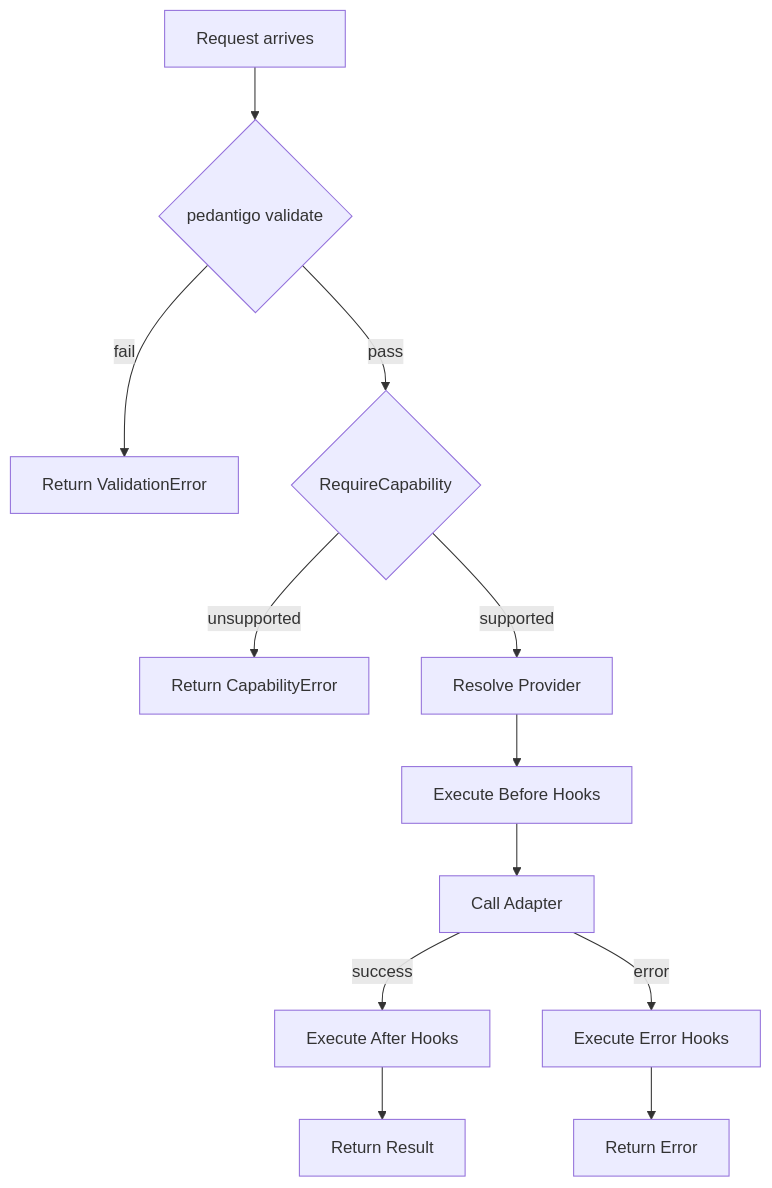
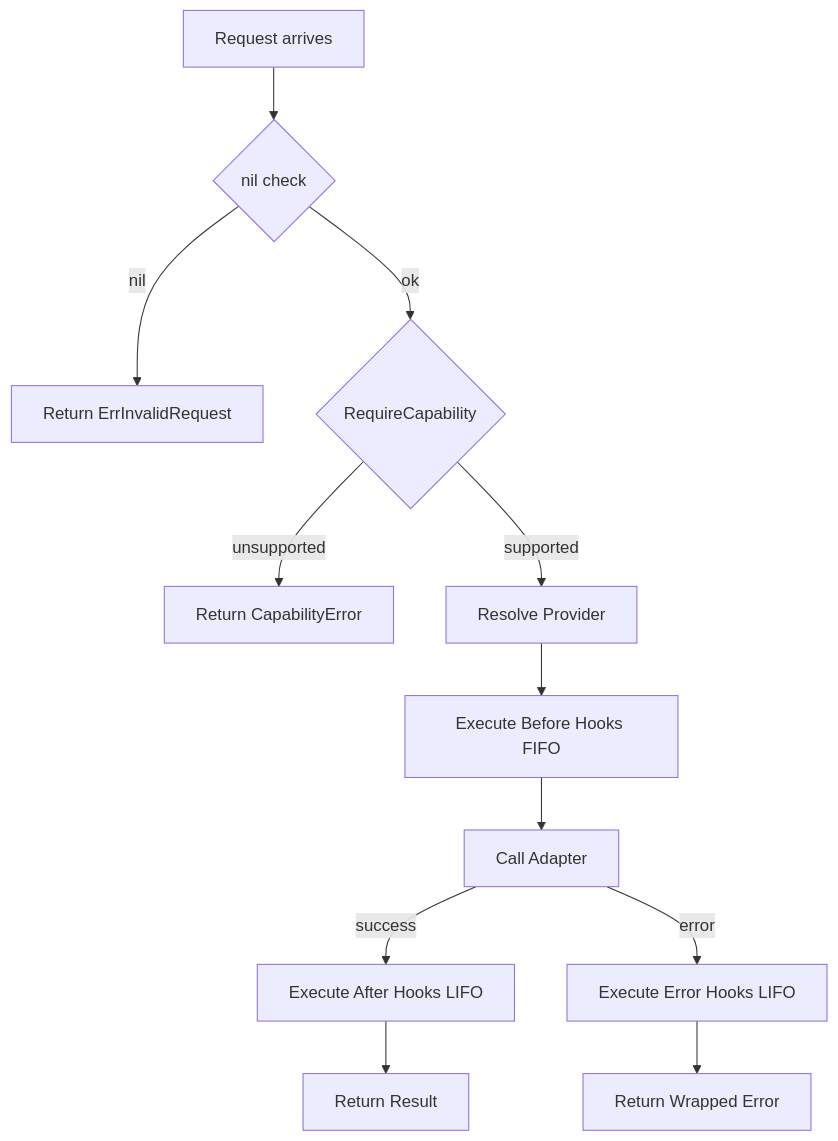
The fourth of 5 diagrams in DESIGN.md (Bytonomics/multipay-india), drawn with Mermaid before and after one commit. The commit also changed other lines of this file and 2 other files, not shown here.

First line of the commit message:
docs: sync DESIGN.md with current architecture and add AGENTS.md

````diff
--- a/DESIGN.md
+++ b/DESIGN.md
@@ -98,14 +99,14 @@
 ```mermaid
 flowchart TD
-    A[Request arrives] --> B{pedantigo validate}
-    B -->|fail| C[Return ValidationError]
-    B -->|pass| D{RequireCapability}
+    A[Request arrives] --> B{nil check}
+    B -->|nil| C[Return ErrInvalidRequest]
+    B -->|ok| D{RequireCapability}
     D -->|unsupported| E[Return CapabilityError]
     D -->|supported| F[Resolve Provider]
-    F --> G[Execute Before Hooks]
+    F --> G[Execute Before Hooks FIFO]
     G --> H[Call Adapter]
-    H -->|success| I[Execute After Hooks]
-    H -->|error| J[Execute Error Hooks]
+    H -->|success| I[Execute After Hooks LIFO]
+    H -->|error| J[Execute Error Hooks LIFO]
     I --> K[Return Result]
-    J --> L[Return Error]
+    J --> L[Return Wrapped Error]
 ```
````
